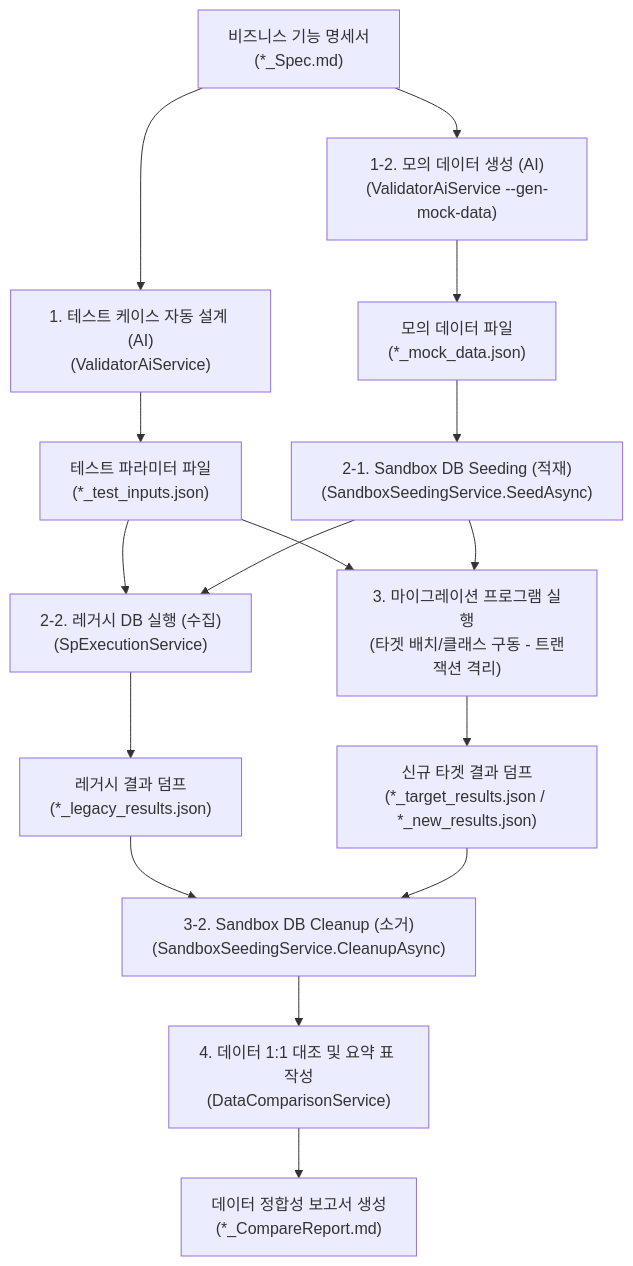
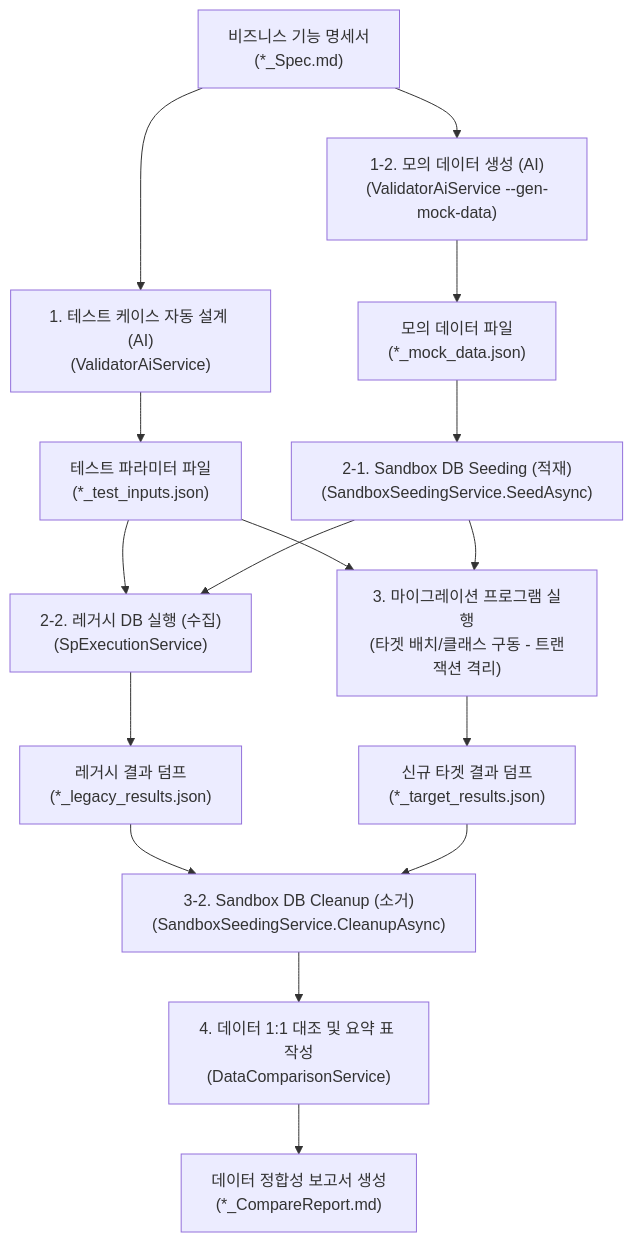
The fourth of 4 diagrams in docs/architecture.md (moondae815/sp-reverse-engineering), drawn with Mermaid before and after one commit. The commit also changed other lines of this file, not shown here.

Commit message:
docs: completely rewrite architecture.md for enhanced clarity and structure

````diff
--- a/docs/architecture.md
+++ b/docs/architecture.md
@@ -335,30 +231,30 @@
 ```mermaid
 graph TD
     %% 입력 자료
     Spec["비즈니스 기능 명세서<br/>(*_Spec.md)"] --> GenInputs["1. 테스트 케이스 자동 설계 (AI)<br/>(ValidatorAiService)"]
     
     %% 테스트 파라미터 파일
     GenInputs --> InputJson["테스트 파라미터 파일<br/>(*_test_inputs.json)"]
     
     %% 모의 데이터 생성
     Spec --> GenMock["1-2. 모의 데이터 생성 (AI)<br/>(ValidatorAiService --gen-mock-data)"]
     GenMock --> MockJson["모의 데이터 파일<br/>(*_mock_data.json)"]
     
     %% Sandbox Seeding (적재)
     MockJson --> SeedDB["2-1. Sandbox DB Seeding (적재)<br/>(SandboxSeedingService.SeedAsync)"]
     
     %% Legacy 수집
     InputJson & SeedDB --> ExecLegacy["2-2. 레거시 DB 실행 (수집)<br/>(SpExecutionService)"]
     ExecLegacy --> LegacyJson["레거시 결과 덤프<br/>(*_legacy_results.json)"]
     
     %% Target 수집
     InputJson & SeedDB --> ExecTarget["3. 마이그레이션 프로그램 실행<br/>(타겟 배치/클래스 구동 - 트랜잭션 격리)"]
-    ExecTarget --> TargetJson["신규 타겟 결과 덤프<br/>(*_target_results.json / *_new_results.json)"]
+    ExecTarget --> TargetJson["신규 타겟 결과 덤프<br/>(*_target_results.json)"]
     
     %% Sandbox Cleanup (소거)
     LegacyJson & TargetJson --> CleanupDB["3-2. Sandbox DB Cleanup (소거)<br/>(SandboxSeedingService.CleanupAsync)"]
     
     %% 비교 대조
     CleanupDB --> CompareData["4. 데이터 1:1 대조 및 요약 표 작성<br/>(DataComparisonService)"]
     CompareData --> Report["데이터 정합성 보고서 생성<br/>(*_CompareReport.md)"]
 ```
````
